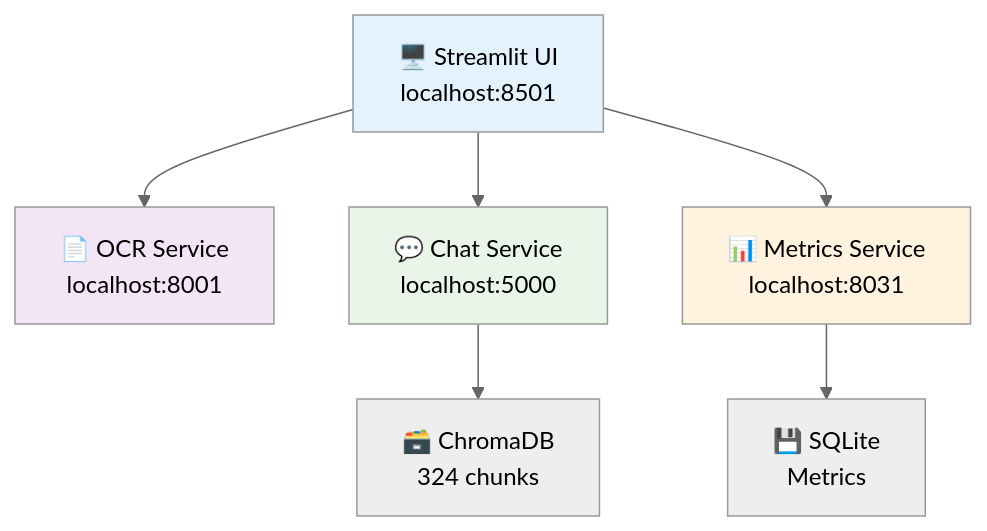
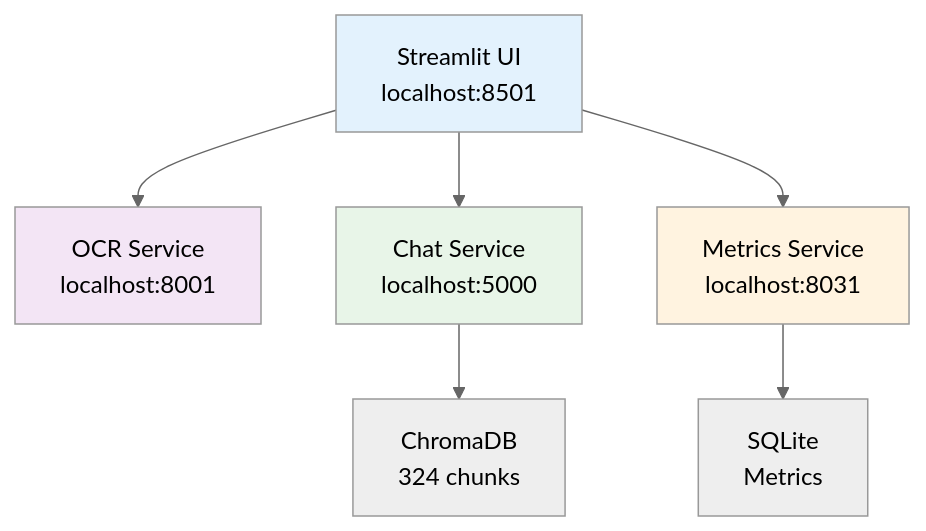
Before and after one commit to LaviBenshimol/genai-ocr-chatbot: the diagram in submission_readme.md, drawn with Mermaid (neutral theme). The commit also changed 41 other files, not shown here.

````diff
--- a/submission_readme.md
+++ b/submission_readme.md
@@ -59,20 +59,20 @@
 ```mermaid
 graph TB
-    UI["🖥️ Streamlit UI<br/>localhost:8501"]
-    OCR["📄 OCR Service<br/>localhost:8001"]
-    CHAT["💬 Chat Service<br/>localhost:5000"]
-    METRICS["📊 Metrics Service<br/>localhost:8031"]
-    CHROMADB["🗃️ ChromaDB<br/>324 chunks"]
-    SQLITE["💾 SQLite<br/>Metrics"]
+    UI["Streamlit UI<br/>localhost:8501"]
+    OCR["OCR Service<br/>localhost:8001"]
+    CHAT["Chat Service<br/>localhost:5000"]
+    METRICS["Metrics Service<br/>localhost:8031"]
+    CHROMADB["ChromaDB<br/>324 chunks"]
+    SQLITE["SQLite<br/>Metrics"]
     
     UI --> OCR
     UI --> CHAT
     UI --> METRICS
     CHAT --> CHROMADB
     METRICS --> SQLITE
     
     style UI fill:#e3f2fd
     style OCR fill:#f3e5f5
     style CHAT fill:#e8f5e8
     style METRICS fill:#fff3e0
 ```
````
